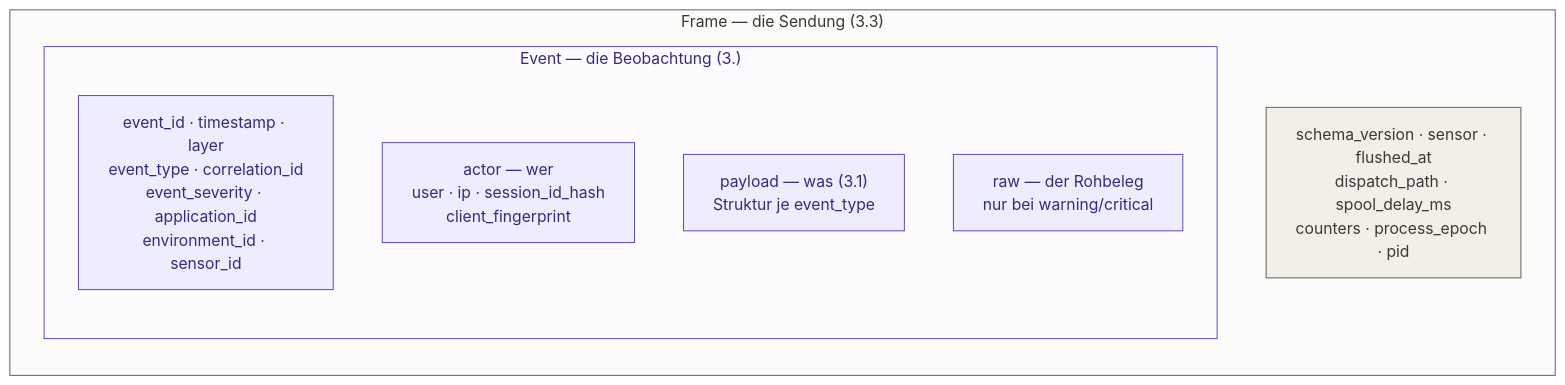
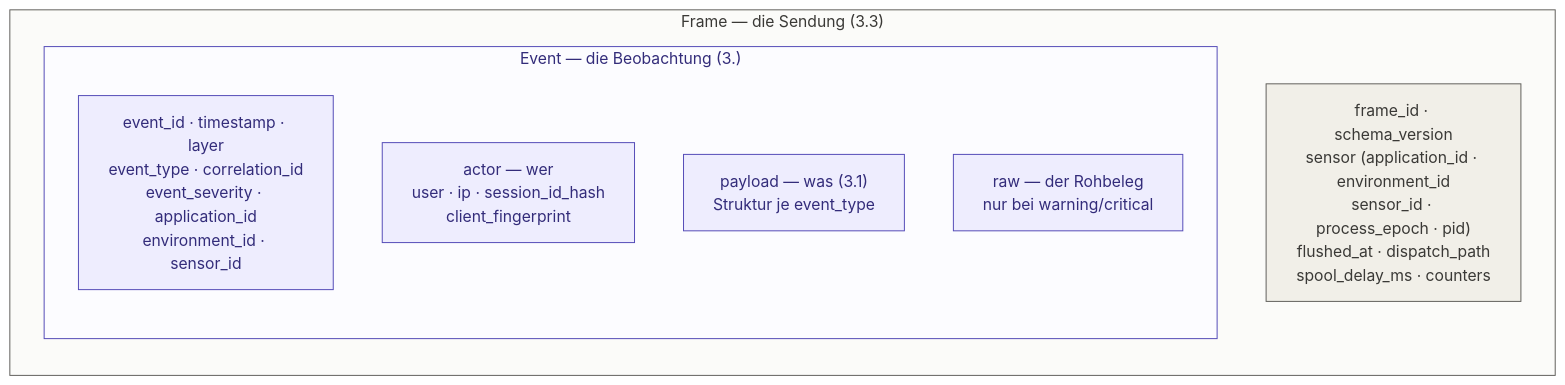
Before and after one commit to projektmotor/ids-sensor-bundle: the diagram in doc/03-ereignisformat.md, drawn with Mermaid. The commit also changed other lines of this file and 3 other files, not shown here.

First line of the commit message:
Stellt das Schema an einer Stelle dar und speichert Sendungen

````diff
--- a/doc/03-ereignisformat.md
+++ b/doc/03-ereignisformat.md
@@ -18,22 +18,22 @@
 ```mermaid
 flowchart TB
     subgraph frame["Frame — die Sendung (3.3)"]
         direction TB
-        fmeta["schema_version · sensor · flushed_at<br/>dispatch_path · spool_delay_ms<br/>counters · process_epoch · pid"]
+        fmeta["frame_id · schema_version<br/>sensor (application_id · environment_id<br/>sensor_id · process_epoch · pid)<br/>flushed_at · dispatch_path<br/>spool_delay_ms · counters"]
 
         subgraph event["Event — die Beobachtung (3.)"]
             direction TB
             emeta["event_id · timestamp · layer<br/>event_type · correlation_id<br/>event_severity · application_id<br/>environment_id · sensor_id"]
             actor["actor — wer<br/>user · ip · session_id_hash<br/>client_fingerprint"]
             payload["payload — was (3.1)<br/>Struktur je event_type"]
             raw["raw — der Rohbeleg<br/>nur bei warning/critical"]
         end
     end
 
     classDef transport fill:#F1EFE8,stroke:#5F5E5A,color:#3A3936
     classDef data fill:#EEEDFE,stroke:#534AB7,color:#332C7A
     class fmeta transport
     class emeta,actor,payload,raw data
     style frame fill:#FBFBF9,stroke:#5F5E5A,color:#3A3936
     style event fill:#FCFCFF,stroke:#534AB7,color:#332C7A
 ```
````
